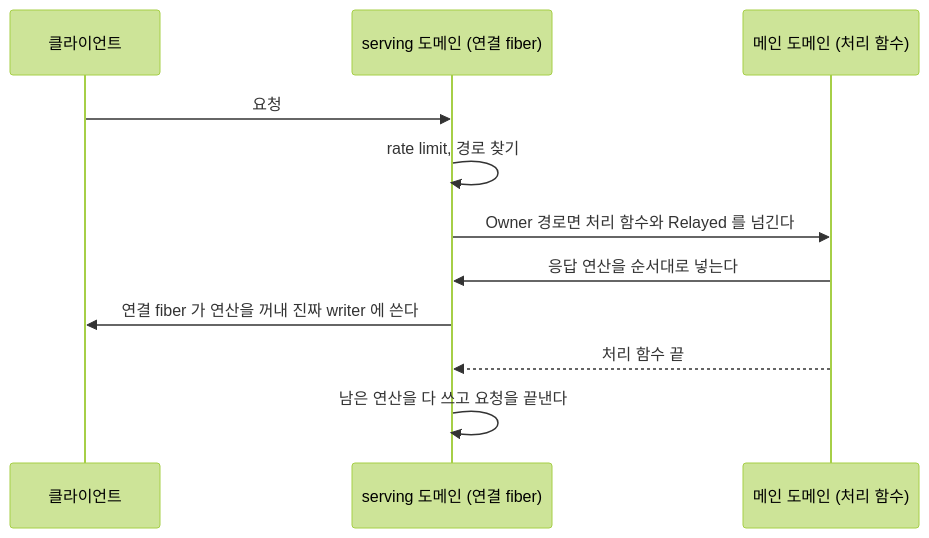
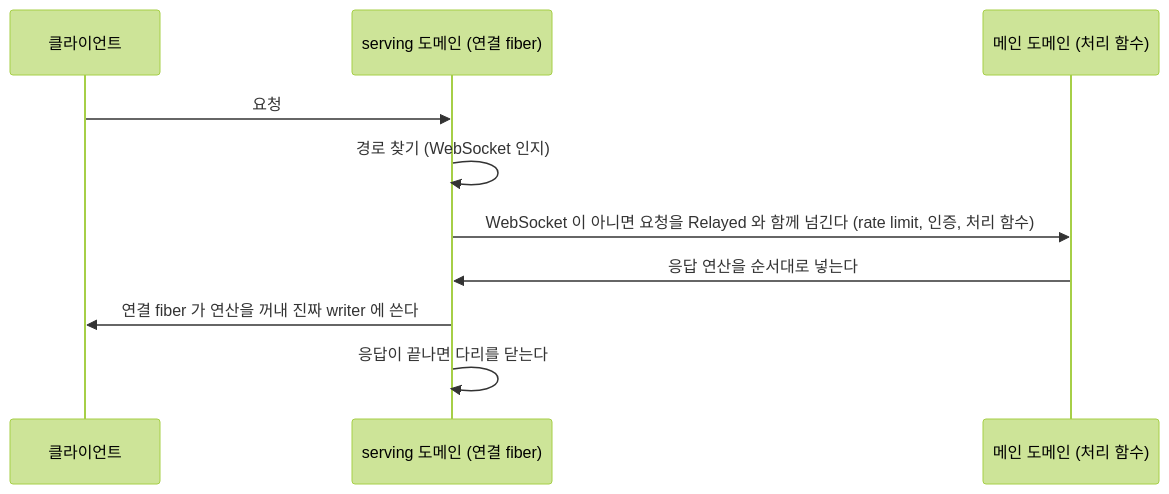
Before and after one commit to jeong-sik/masc: the diagram in docs/rfc/RFC-http-transport-runs-on-its-own-domain-and-each-route-names-where-it-runs.md, drawn with Mermaid (forest theme). The commit also changed other lines of this file and 14 other files, not shown here.

````diff
--- a/docs/rfc/RFC-http-transport-runs-on-its-own-domain-and-each-route-names-where-it-runs.md
+++ b/docs/rfc/RFC-http-transport-runs-on-its-own-domain-and-each-route-names-where-it-runs.md
@@ -137,13 +139,12 @@
 ```mermaid
 sequenceDiagram
     participant C as 클라이언트
     participant S as serving 도메인 (연결 fiber)
     participant O as 메인 도메인 (처리 함수)
     C->>S: 요청
-    S->>S: rate limit, 경로 찾기
-    S->>O: Owner 경로면 처리 함수와 Relayed 를 넘긴다
+    S->>S: 경로 찾기 (WebSocket 인지)
+    S->>O: WebSocket 이 아니면 요청을 Relayed 와 함께 넘긴다 (rate limit, 인증, 처리 함수)
     O->>S: 응답 연산을 순서대로 넣는다
     S->>C: 연결 fiber 가 연산을 꺼내 진짜 writer 에 쓴다
-    O-->>S: 처리 함수 끝
-    S->>S: 남은 연산을 다 쓰고 요청을 끝낸다
+    S->>S: 응답이 끝나면 다리를 닫는다
 ```
````
